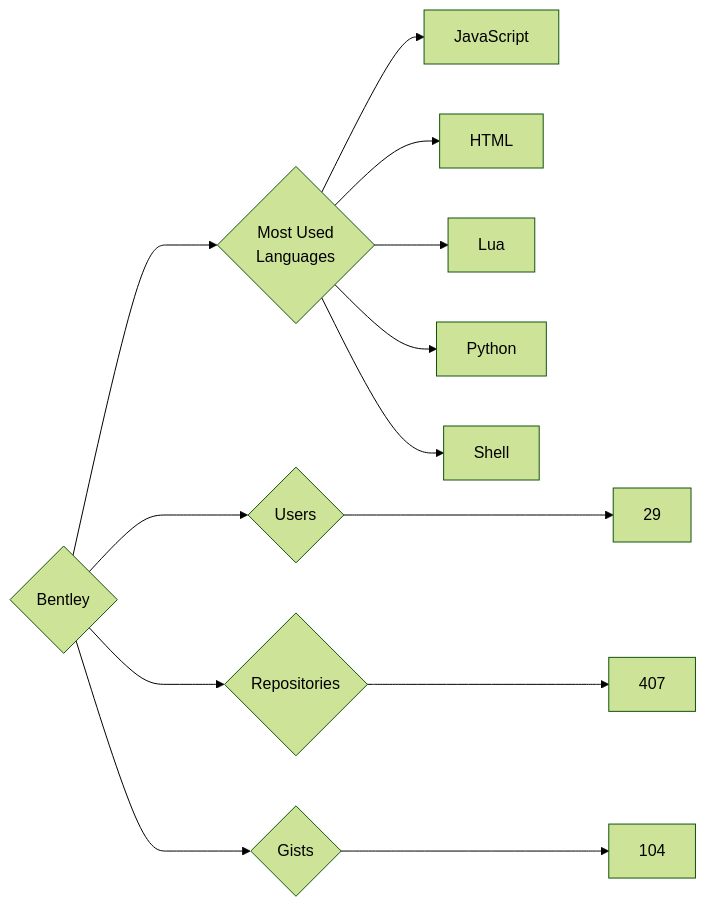
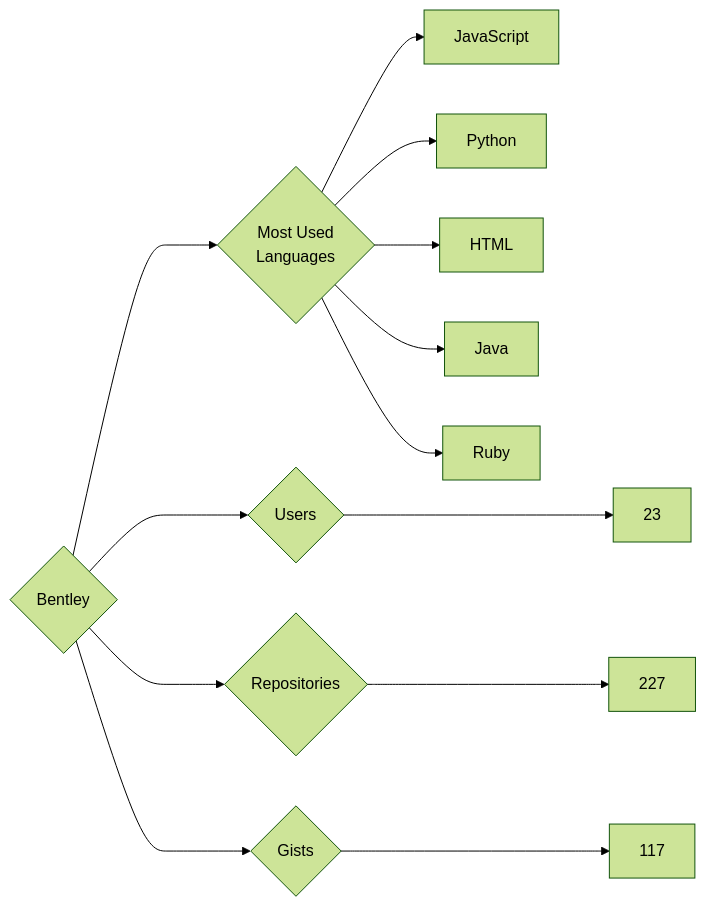
Before and after one commit to trickest/insiders: the diagram in targets/Bentley/README.md, drawn with Mermaid (forest theme). The commit also changed 932 other files, not shown here.

````diff
--- a/targets/Bentley/README.md
+++ b/targets/Bentley/README.md
@@ -3,13 +3,13 @@
 ```mermaid
 graph LR
 COMPANY_NAME{Bentley}
-COMPANY_NAME ---> U{Users} ---> UN[29]
-COMPANY_NAME ---> R{Repositories} ---> RN[407]
-COMPANY_NAME ---> G{Gists} ---> GN[104]
+COMPANY_NAME ---> U{Users} ---> UN[23]
+COMPANY_NAME ---> R{Repositories} ---> RN[227]
+COMPANY_NAME ---> G{Gists} ---> GN[117]
 COMPANY_NAME ---> ML{Most Used<br>Languages}
 ML --> JavaScript[JavaScript]
+ML --> Python[Python]
 ML --> HTML[HTML]
-ML --> Lua[Lua]
-ML --> Python[Python]
-ML --> Shell[Shell]
+ML --> Java[Java]
+ML --> Ruby[Ruby]
 ```
````
